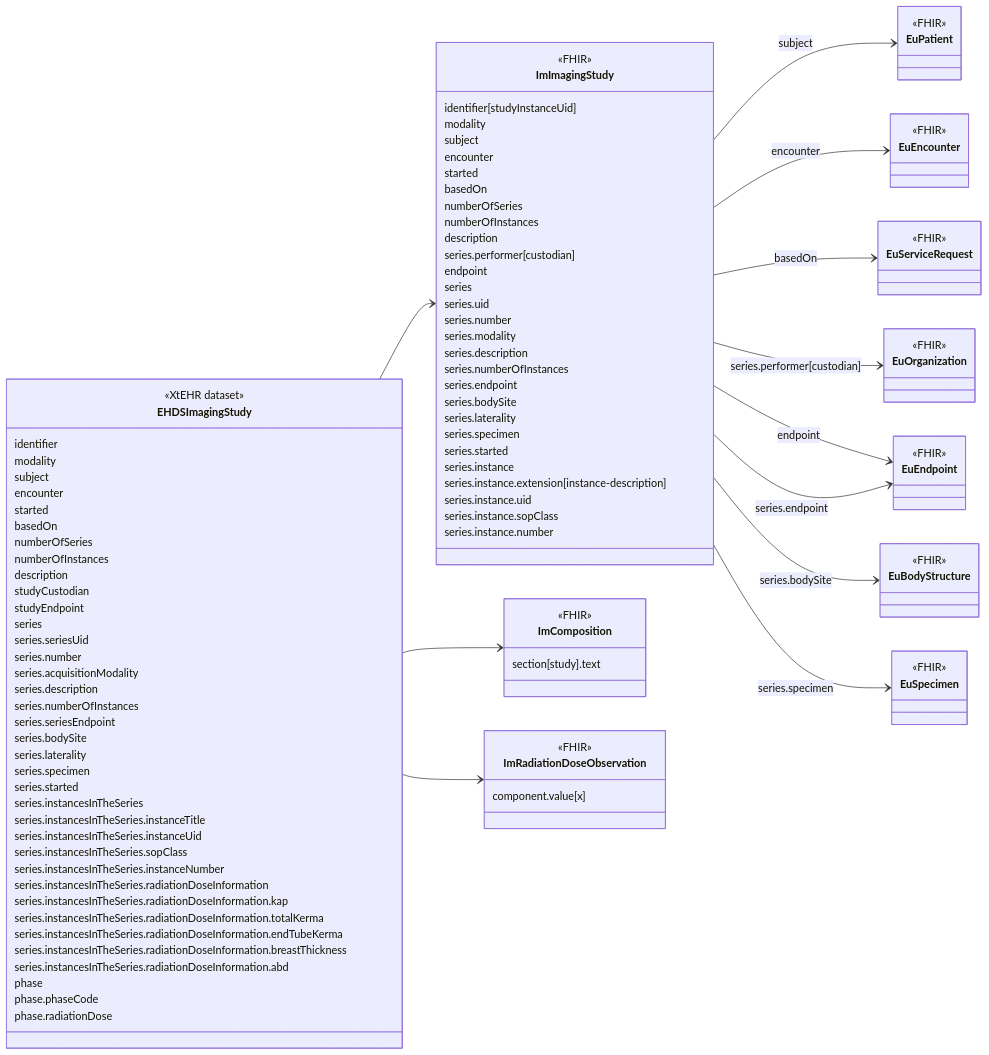
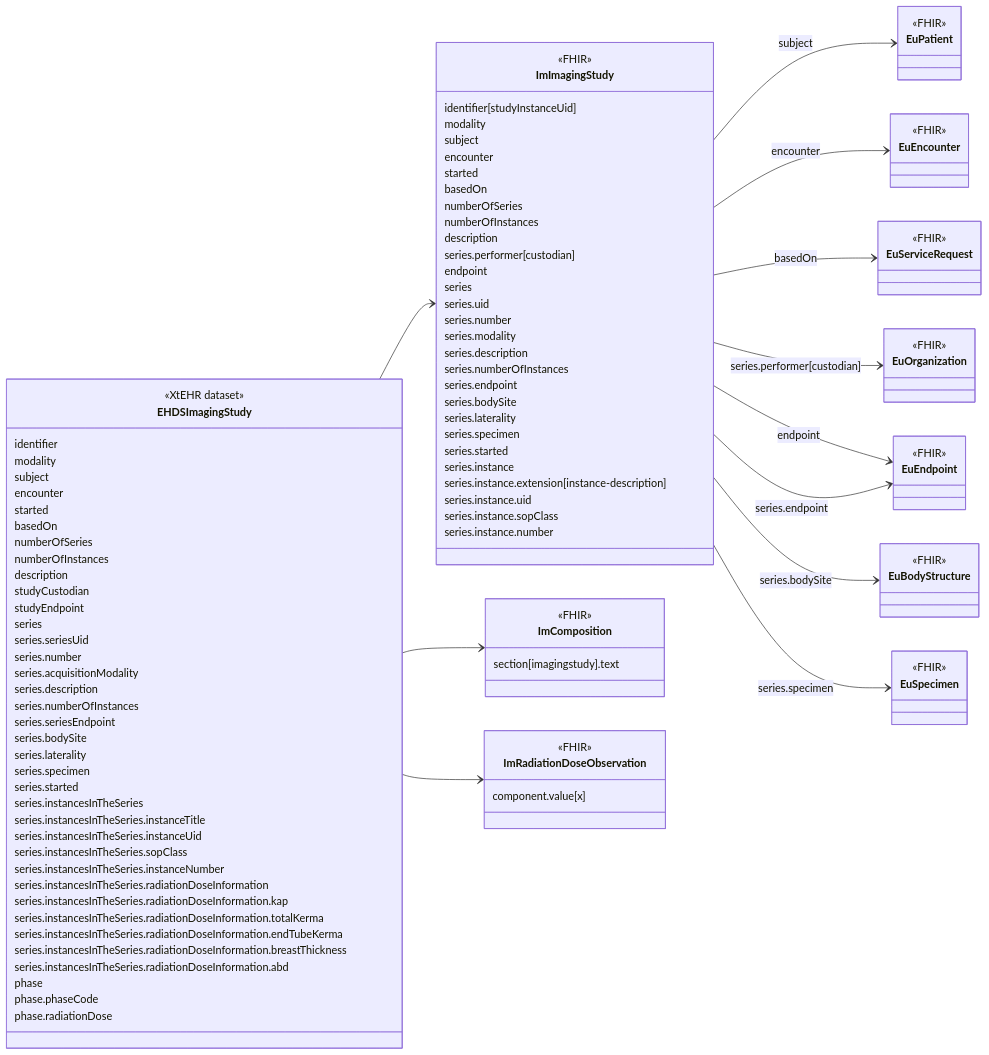
Before and after one commit to oijauregui/ehdsimaging: the diagram in input/intro-notes/ConceptMap-EHDSImagingStudyMap-intro.md, drawn with Mermaid. The commit also changed 23 other files, not shown here.

```diff
--- a/input/intro-notes/ConceptMap-EHDSImagingStudyMap-intro.md
+++ b/input/intro-notes/ConceptMap-EHDSImagingStudyMap-intro.md
@@ -78,7 +78,7 @@
 
 class ImComposition{
   <<FHIR>>
-  section[study].text
+  section[imagingstudy].text
 }
 
 class ImRadiationDoseObservation{
```
